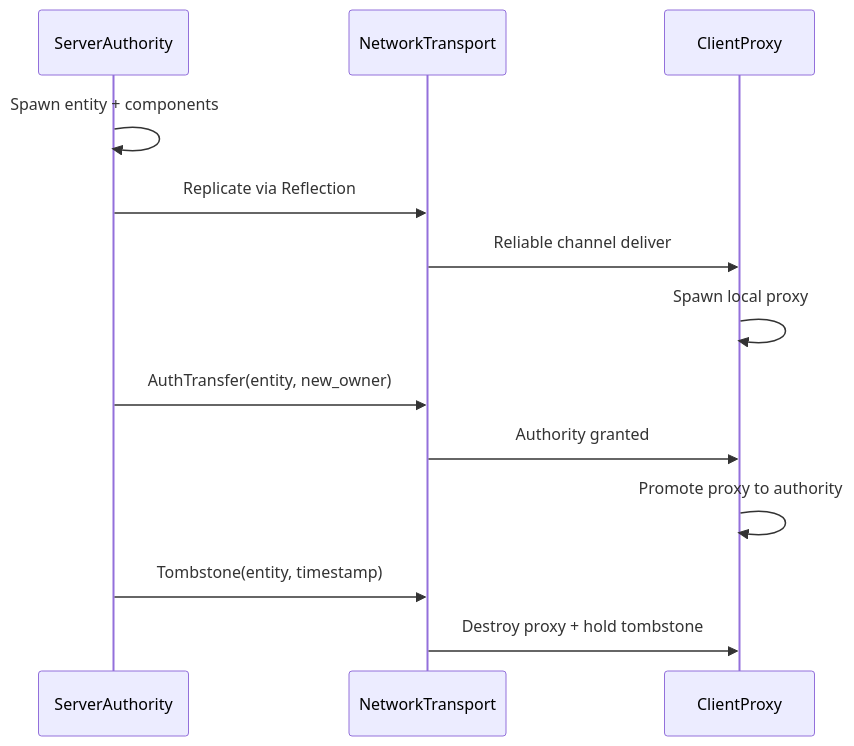
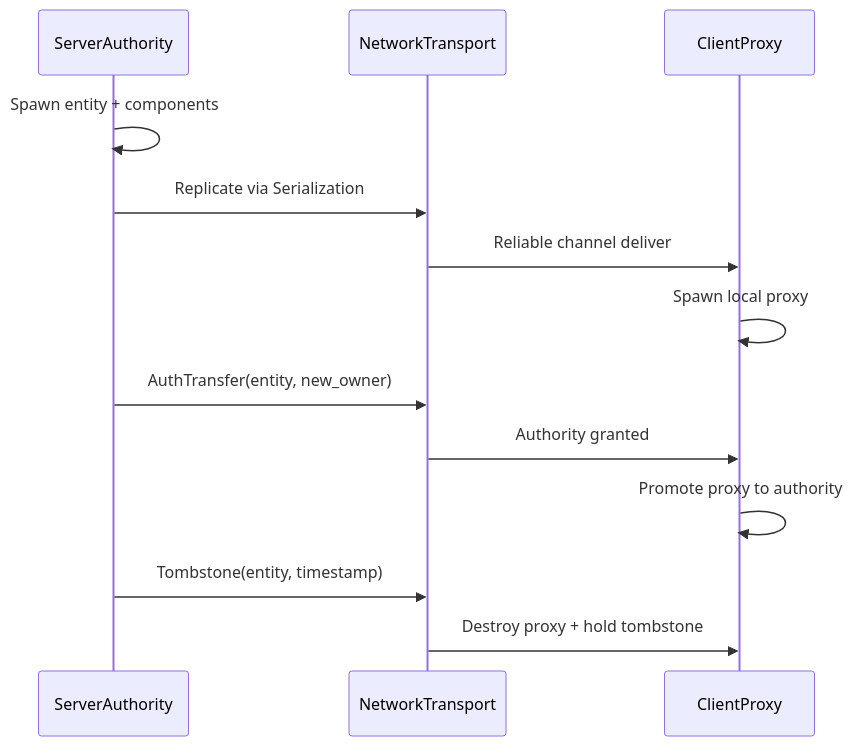
Before and after one commit to harmonius-dev/harmonius: diagram 15 of 16 in docs/architecture.md, drawn with Mermaid. The commit also changed other lines of this file and 174 other files, not shown here.

````diff
--- a/docs/architecture.md
+++ b/docs/architecture.md
@@ -1409,18 +1464,18 @@
 ```mermaid
 sequenceDiagram
     participant SA as ServerAuthority
     participant NT as NetworkTransport
     participant CP as ClientProxy
 
     SA->>SA: Spawn entity + components
-    SA->>NT: Replicate via Reflection
+    SA->>NT: Replicate via Serialization
     NT->>CP: Reliable channel deliver
     CP->>CP: Spawn local proxy
 
     SA->>NT: AuthTransfer(entity, new_owner)
     NT->>CP: Authority granted
     CP->>CP: Promote proxy to authority
 
     SA->>NT: Tombstone(entity, timestamp)
     NT->>CP: Destroy proxy + hold tombstone
 ```
````
